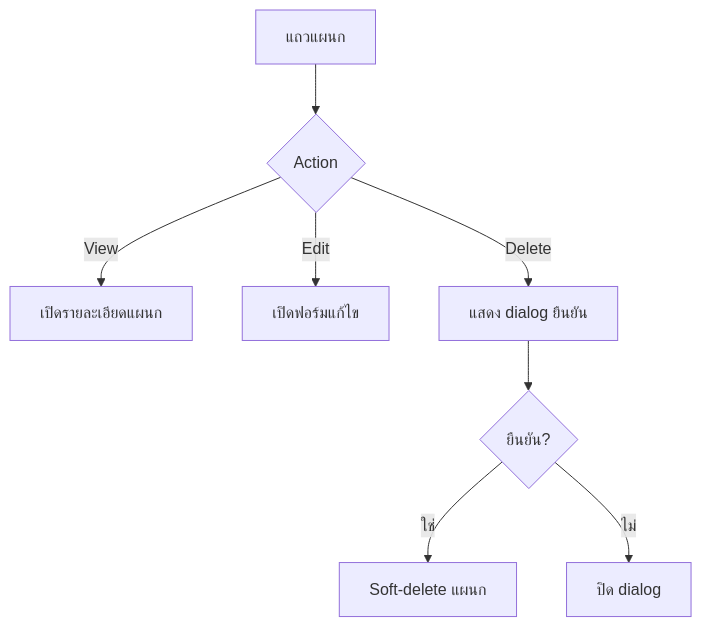
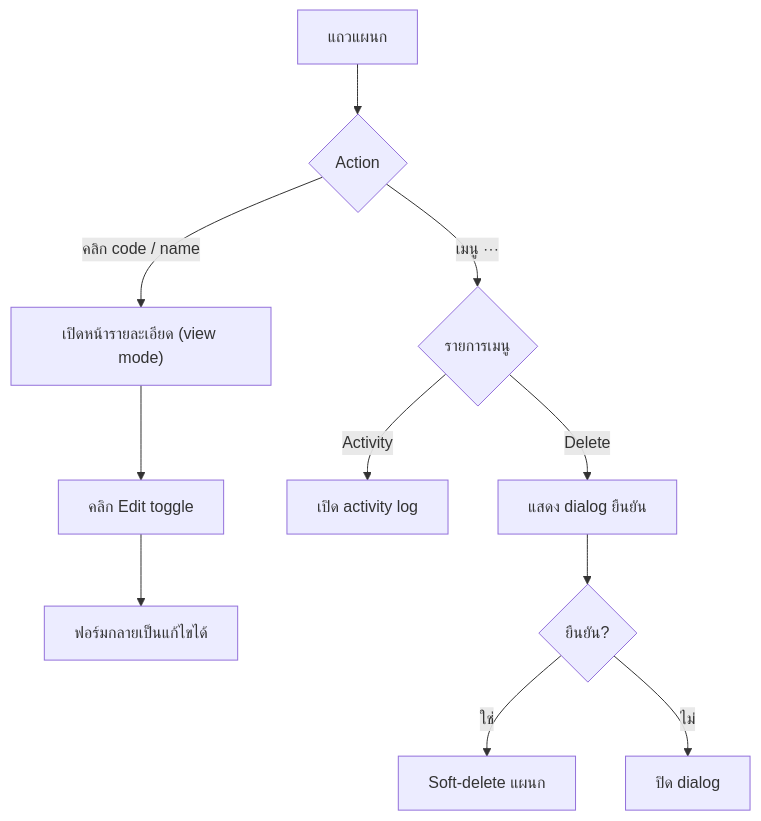
Before and after one commit to CarmenSoftware-organization/carmen-wiki: the first of 2 diagrams in th/inventory/master-data/department.md, drawn with Mermaid. The commit also changed other lines of this file and 20 other files, not shown here.

Commit message:
fix(product,master-data,recipe): correct 13 diagrams against code, drop disabled-export diagram (review round 1)

````diff
--- a/th/inventory/master-data/department.md
+++ b/th/inventory/master-data/department.md
@@ -38,10 +38,13 @@
 ```mermaid
 flowchart TD
     A["แถวแผนก"] --> B{"Action"}
-    B -->|"View"| C["เปิดรายละเอียดแผนก"]
-    B -->|"Edit"| D["เปิดฟอร์มแก้ไข"]
-    B -->|"Delete"| E["แสดง dialog ยืนยัน"]
-    E --> F{"ยืนยัน?"}
-    F -->|"ใช่"| G["Soft-delete แผนก"]
-    F -->|"ไม่"| H["ปิด dialog"]
+    B -->|"คลิก code / name"| C["เปิดหน้ารายละเอียด (view mode)"]
+    C --> D["คลิก Edit toggle"]
+    D --> E["ฟอร์มกลายเป็นแก้ไขได้"]
+    B -->|"เมนู ⋯"| F{"รายการเมนู"}
+    F -->|"Activity"| G["เปิด activity log"]
+    F -->|"Delete"| H["แสดง dialog ยืนยัน"]
+    H --> I{"ยืนยัน?"}
+    I -->|"ใช่"| J["Soft-delete แผนก"]
+    I -->|"ไม่"| K["ปิด dialog"]
 ```
````
